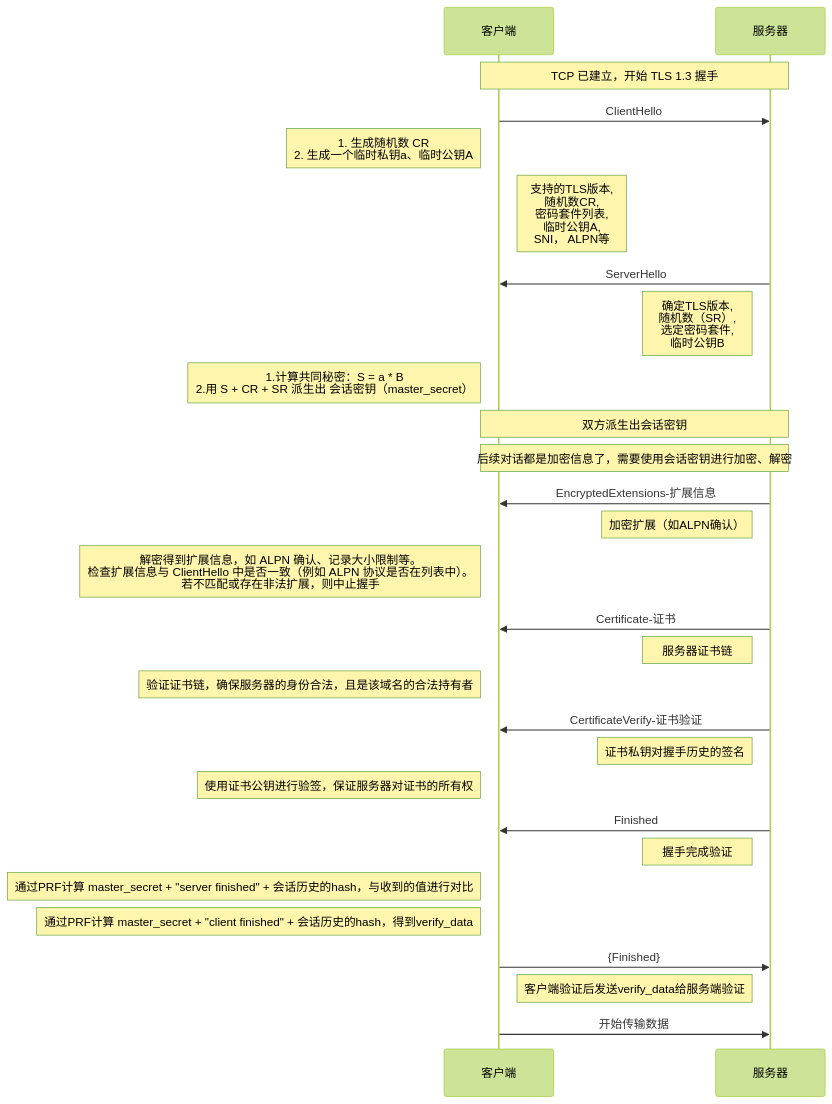
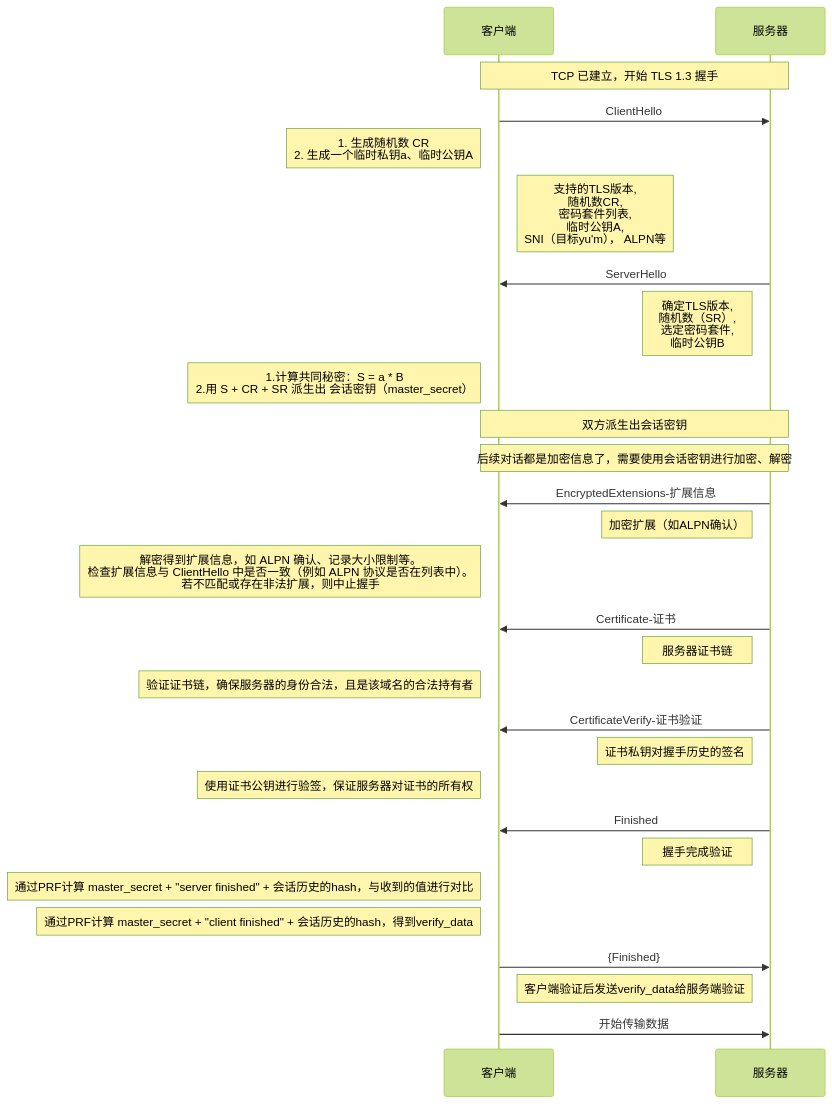
Before and after one commit to HY-10-8/iodraw-files: the diagram in all/TLS-1.3-通用.md, drawn with Mermaid (forest theme).

Commit message:
2026-03-31 11:12:07 update

````diff
--- a/all/TLS-1.3-通用.md
+++ b/all/TLS-1.3-通用.md
@@ -1,40 +1,40 @@
 ```mermaid
 sequenceDiagram
     participant C as 客户端
     participant S as 服务器
 
     Note over C,S: TCP 已建立，开始 TLS 1.3 握手
 
     C->>S: ClientHello
     Note left of C: 1. 生成随机数 CR<br/> 2. 生成一个临时私钥a、临时公钥A
-    Note right of C: 支持的TLS版本,<br/> 随机数CR,<br/> 密码套件列表,<br/> 临时公钥A,<br/> SNI， ALPN等
+    Note right of C: 支持的TLS版本,<br/> 随机数CR,<br/> 密码套件列表,<br/> 临时公钥A,<br/> SNI（目标yu'm）， ALPN等
 
     S->>C: ServerHello
     Note left of S: 确定TLS版本, <br/>随机数（SR）,<br/> 选定密码套件, <br/>临时公钥B
     Note left of C: 1.计算共同秘密：S = a * B<br/> 2.用 S + CR + SR 派生出 会话密钥（master_secret）
 
     Note over C,S: 双方派生出会话密钥
     Note over C,S: 后续对话都是加密信息了，需要使用会话密钥进行加密、解密
 
     S->>C: EncryptedExtensions-扩展信息
     Note left of S: 加密扩展（如ALPN确认）
     Note left of C: 解密得到扩展信息，如 ALPN 确认、记录大小限制等。<br/>检查扩展信息与 ClientHello 中是否一致（例如 ALPN 协议是否在列表中）。<br/> 若不匹配或存在非法扩展，则中止握手
 
     S->>C: Certificate-证书
     Note left of S: 服务器证书链
     Note left of C: 验证证书链，确保服务器的身份合法，且是该域名的合法持有者
 
     S->>C: CertificateVerify-证书验证
     Note left of S: 证书私钥对握手历史的签名
     Note left of C: 使用证书公钥进行验签，保证服务器对证书的所有权
 
     S->>C: Finished
     Note left of S: 握手完成验证
     Note left of C: 通过PRF计算 master_secret + "server finished" + 会话历史的hash，与收到的值进行对比
     Note left of C: 通过PRF计算 master_secret + "client finished" + 会话历史的hash，得到verify_data
 
     C->>S: {Finished}
     Note right of C: 客户端验证后发送verify_data给服务端验证
 
     C->>S: 开始传输数据
 ```
````
